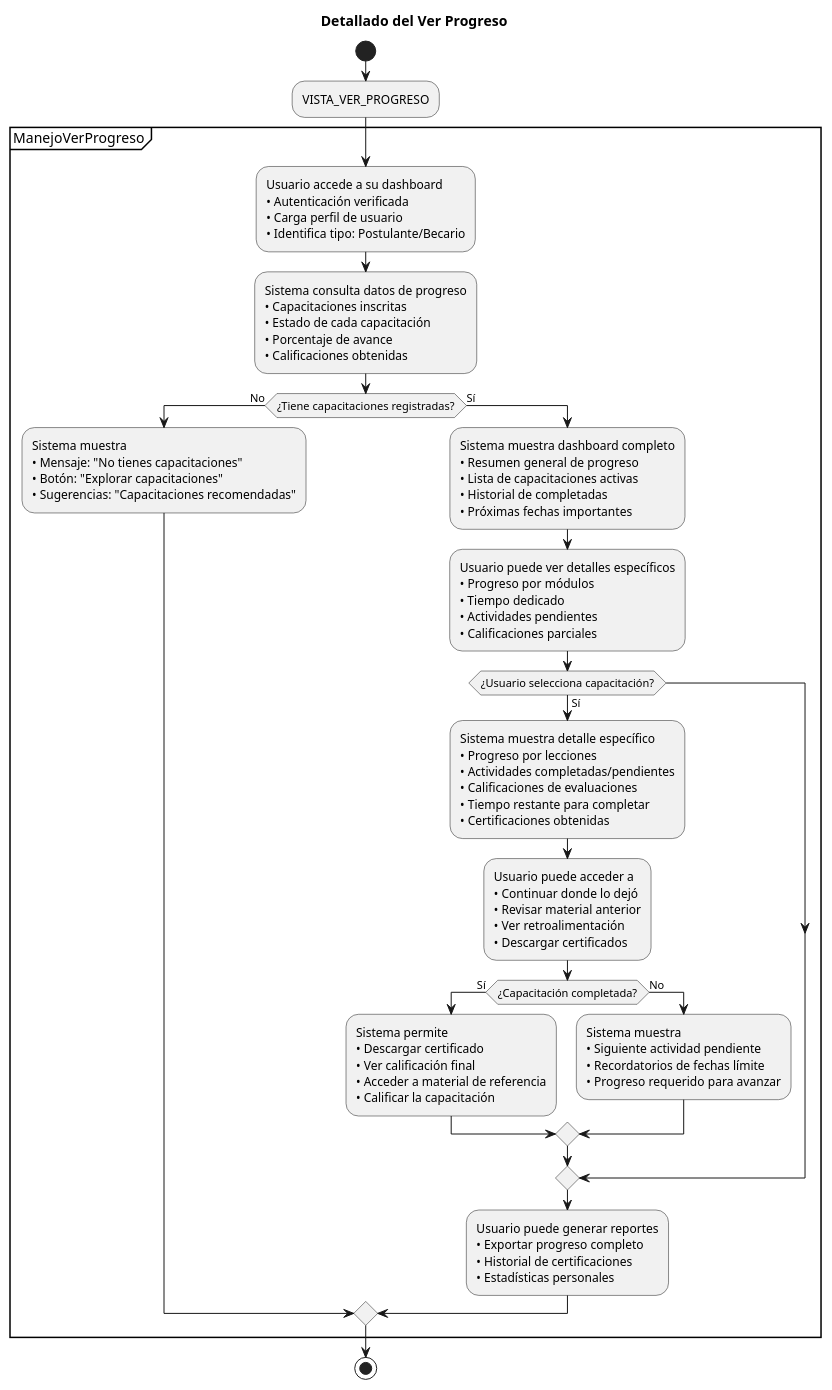
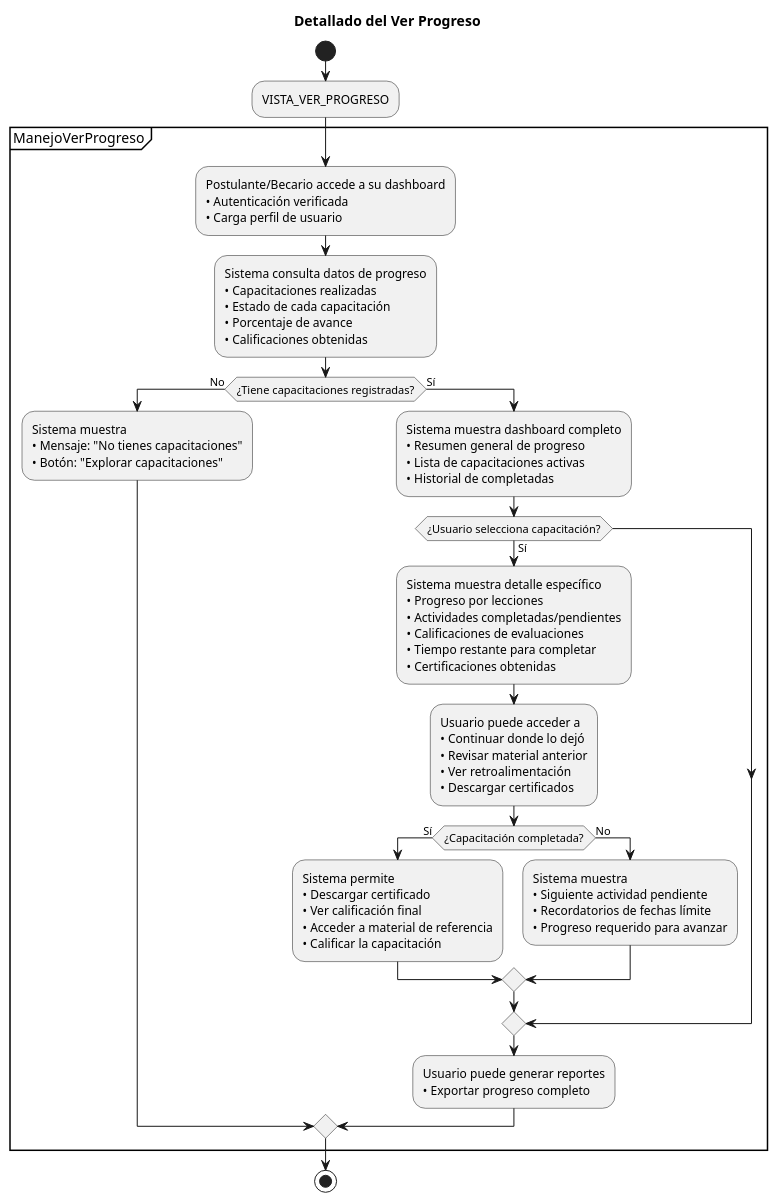
The diagram in casos_de_uso/diagramas_casos_de_uso_detallados/ver_progreso.puml (Dievex/24-25-IdSw1-SDR), drawn with PlantUML before and after one commit.

Commit message:
progreso modificar

```diff
--- a/casos_de_uso/diagramas_casos_de_uso_detallados/ver_progreso.puml
+++ b/casos_de_uso/diagramas_casos_de_uso_detallados/ver_progreso.puml
@@ -1,81 +1,77 @@
 @startuml
 title Detallado del Ver Progreso
 
 start
 
 :VISTA_VER_PROGRESO;
 
 partition ManejoVerProgreso {
   
-  :Usuario accede a su dashboard
+  :Postulante/Becario accede a su dashboard
   • Autenticación verificada
-  • Carga perfil de usuario
-  • Identifica tipo: Postulante/Becario;
+  • Carga perfil de usuario;
+  
   
   :Sistema consulta datos de progreso
-  • Capacitaciones inscritas
+  • Capacitaciones realizadas
   • Estado de cada capacitación
   • Porcentaje de avance
   • Calificaciones obtenidas;
   
   if (¿Tiene capacitaciones registradas?) then (No)
     :Sistema muestra
     • Mensaje: "No tienes capacitaciones"
-    • Botón: "Explorar capacitaciones"
-    • Sugerencias: "Capacitaciones recomendadas";
+    • Botón: "Explorar capacitaciones";
+   
     
   else (Sí)
     :Sistema muestra dashboard completo
     • Resumen general de progreso
     • Lista de capacitaciones activas
-    • Historial de completadas
-    • Próximas fechas importantes;
+    • Historial de completadas;
+   
     
-    :Usuario puede ver detalles específicos
-    • Progreso por módulos
-    • Tiempo dedicado
-    • Actividades pendientes
-    • Calificaciones parciales;
+  
     
     if (¿Usuario selecciona capacitación?) then (Sí)
       :Sistema muestra detalle específico
       • Progreso por lecciones
       • Actividades completadas/pendientes
       • Calificaciones de evaluaciones
       • Tiempo restante para completar
       • Certificaciones obtenidas;
       
       :Usuario puede acceder a
       • Continuar donde lo dejó
       • Revisar material anterior
       • Ver retroalimentación
       • Descargar certificados;
       
       if (¿Capacitación completada?) then (Sí)
         :Sistema permite
         • Descargar certificado
         • Ver calificación final
         • Acceder a material de referencia
         • Calificar la capacitación;
         
       else (No)
         :Sistema muestra
         • Siguiente actividad pendiente
         • Recordatorios de fechas límite
         • Progreso requerido para avanzar;
         
       endif
       
     endif
     
     :Usuario puede generar reportes
-    • Exportar progreso completo
-    • Historial de certificaciones
-    • Estadísticas personales;
+    • Exportar progreso completo;
+    
+ 
     
   endif
   
 }
 
 stop
 @enduml
```
